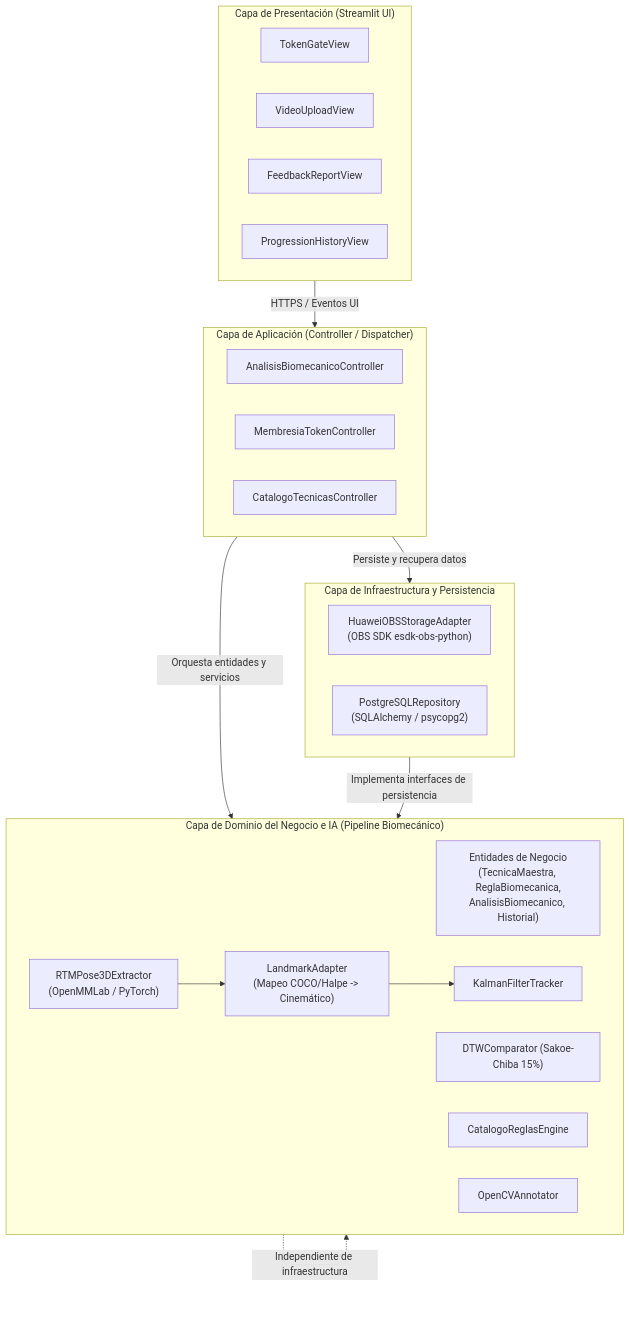
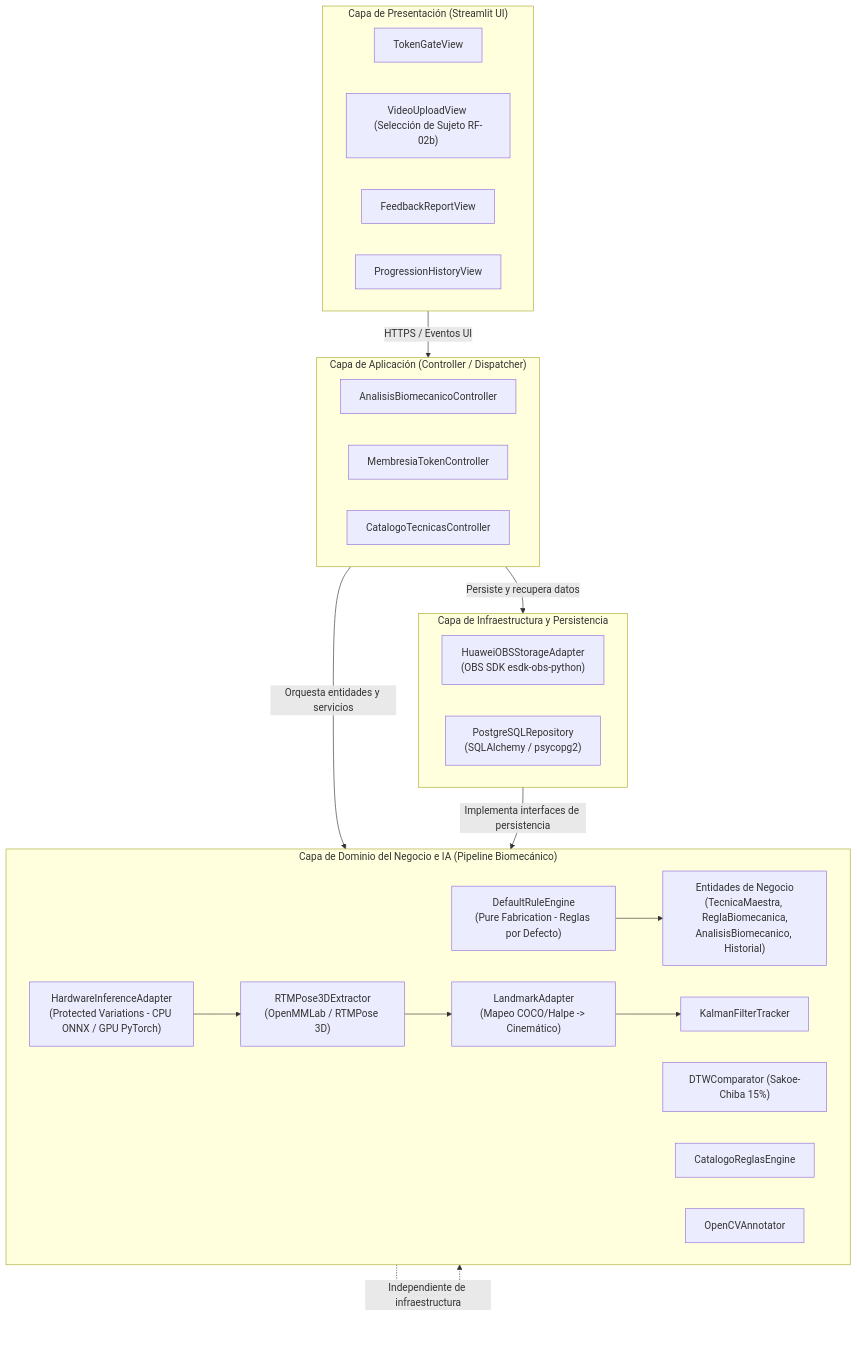
The fourth of 10 diagrams in README.md (Tsmrain/JiuJitsu), drawn with Mermaid before and after one commit. The commit also changed other lines of this file, not shown here.

Commit message:
docs: update architectural documentation to include hardware inference adaptation, subject selection, and default rule generation modules

````diff
--- a/README.md
+++ b/README.md
@@ -849,38 +851,42 @@
 ```mermaid
 graph TD
     subgraph CapaPresentacion["Capa de Presentación (Streamlit UI)"]
         UI_Login["TokenGateView"]
-        UI_Upload["VideoUploadView"]
+        UI_Upload["VideoUploadView (Selección de Sujeto RF-02b)"]
         UI_Result["FeedbackReportView"]
         UI_History["ProgressionHistoryView"]
     end
 
     subgraph CapaAplicacion["Capa de Aplicación (Controller / Dispatcher)"]
         Ctrl_Analisis["AnalisisBiomecanicoController"]
         Ctrl_Auth["MembresiaTokenController"]
         Ctrl_Catalogo["CatalogoTecnicasController"]
     end
 
     subgraph CapaDominio["Capa de Dominio del Negocio e IA (Pipeline Biomecánico)"]
         Dom_Entities["Entidades de Negocio<br/>(TecnicaMaestra, ReglaBiomecanica,<br/>AnalisisBiomecanico, Historial)"]
-        Dom_Pose["RTMPose3DExtractor<br/>(OpenMMLab / PyTorch)"]
+        Dom_DefaultRules["DefaultRuleEngine<br/>(Pure Fabrication - Reglas por Defecto)"]
+        Dom_Hardware["HardwareInferenceAdapter<br/>(Protected Variations - CPU ONNX / GPU PyTorch)"]
+        Dom_Pose["RTMPose3DExtractor<br/>(OpenMMLab / RTMPose 3D)"]
         Dom_Adapter["LandmarkAdapter<br/>(Mapeo COCO/Halpe -> Cinemático)"]
         Dom_Kalman["KalmanFilterTracker"]
         Dom_DTW["DTWComparator (Sakoe-Chiba 15%)"]
         Dom_Rules["CatalogoReglasEngine"]
         Dom_OpenCV["OpenCVAnnotator"]
     end
 
     subgraph CapaInfraestructura["Capa de Infraestructura y Persistencia"]
         Infra_OBS["HuaweiOBSStorageAdapter<br/>(OBS SDK esdk-obs-python)"]
         Infra_DB["PostgreSQLRepository<br/>(SQLAlchemy / psycopg2)"]
     end
 
     CapaPresentacion -->|HTTPS / Eventos UI| CapaAplicacion
     CapaAplicacion -->|Orquesta entidades y servicios| CapaDominio
     CapaAplicacion -->|Persiste y recupera datos| CapaInfraestructura
+    Dom_Hardware --> Dom_Pose
     Dom_Pose --> Dom_Adapter
     Dom_Adapter --> Dom_Kalman
+    Dom_DefaultRules --> Dom_Entities
     CapaDominio -.->|Independiente de infraestructura| CapaDominio
     CapaInfraestructura -->|Implementa interfaces de persistencia| CapaDominio
 ```
````
